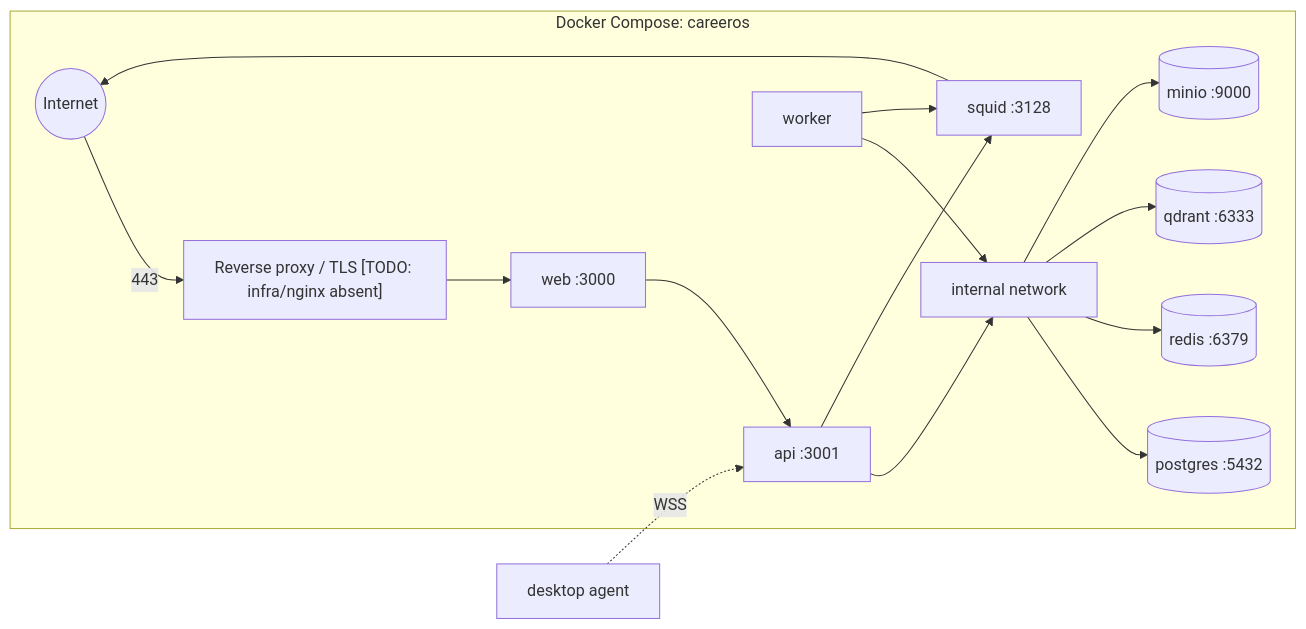
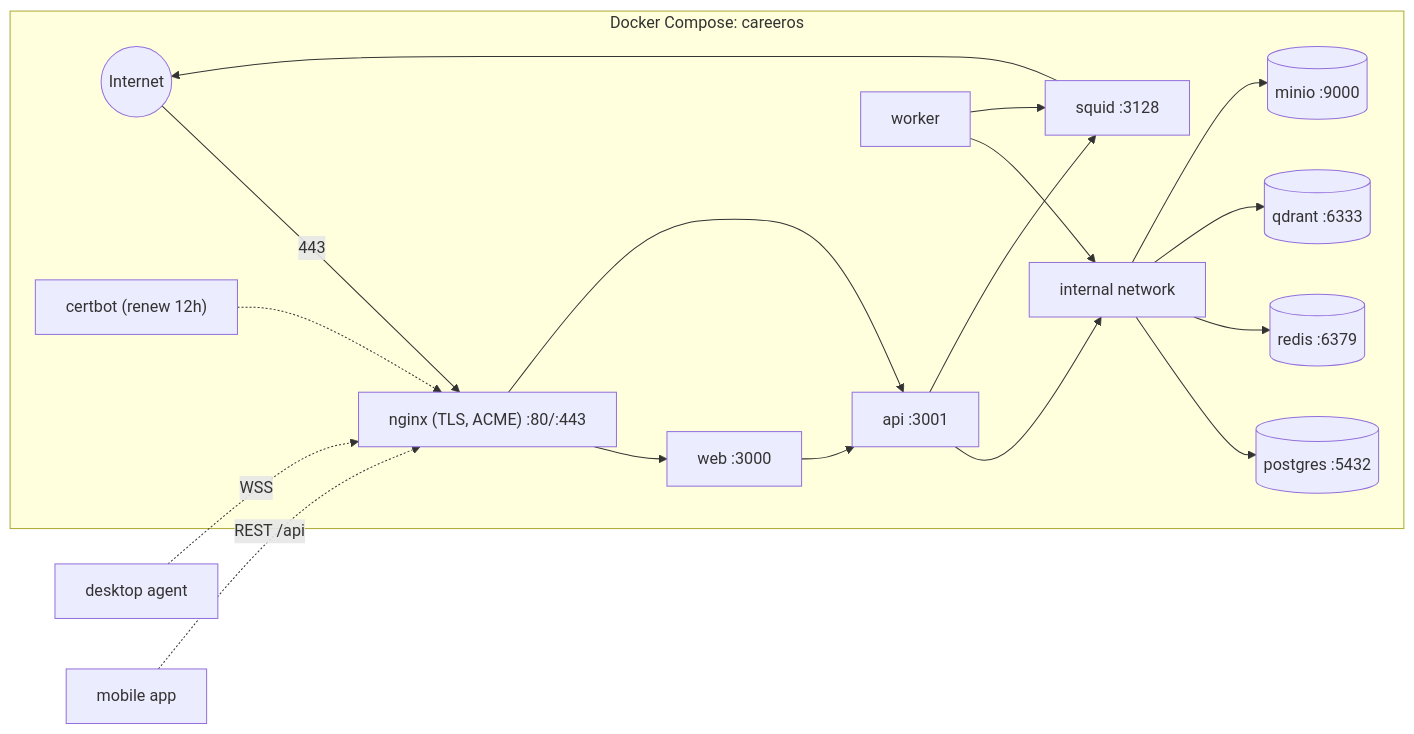
Before and after one commit to okayvignesh/careeros: the first of 2 diagrams in docs/codebase/INTEGRATIONS.md, drawn with Mermaid. The commit also changed other lines of this file and 79 other files, not shown here.

````diff
--- a/docs/codebase/INTEGRATIONS.md
+++ b/docs/codebase/INTEGRATIONS.md
@@ -76,20 +82,23 @@
 ```mermaid
 flowchart LR
-    Internet((Internet)) -->|443| Reverse["Reverse proxy / TLS [TODO: infra/nginx absent]"]
+    Internet((Internet)) -->|443| Nginx["nginx (TLS, ACME) :80/:443"]
 
     subgraph compose["Docker Compose: careeros"]
-        Reverse --> Web["web :3000"]
-        Web --> API["api :3001"]
+        Nginx --> Web["web :3000"]
+        Nginx --> API["api :3001"]
+        Web --> API
         API --> Internal
         Worker["worker"] --> Internal
         API --> Squid["squid :3128"]
         Worker --> Squid
         Squid --> Internet
         Internal["internal network"] --> PG[("postgres :5432")]
         Internal --> Redis[("redis :6379")]
         Internal --> Qdrant[("qdrant :6333")]
         Internal --> MinIO[("minio :9000")]
+        Certbot["certbot (renew 12h)"] -.-> Nginx
     end
 
-    Agent["desktop agent"] -.WSS.-> API
+    Agent["desktop agent"] -.WSS.-> Nginx
+    Mobile["mobile app"] -.REST /api.-> Nginx
 ```
````
